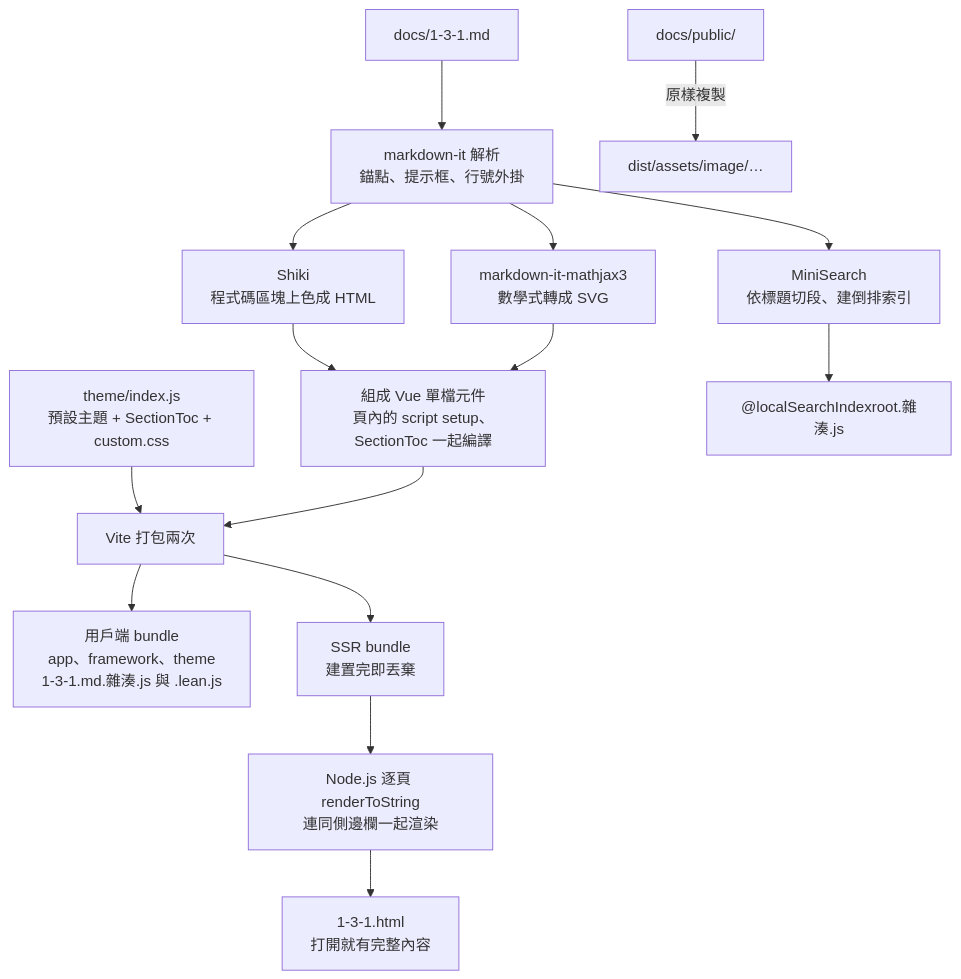
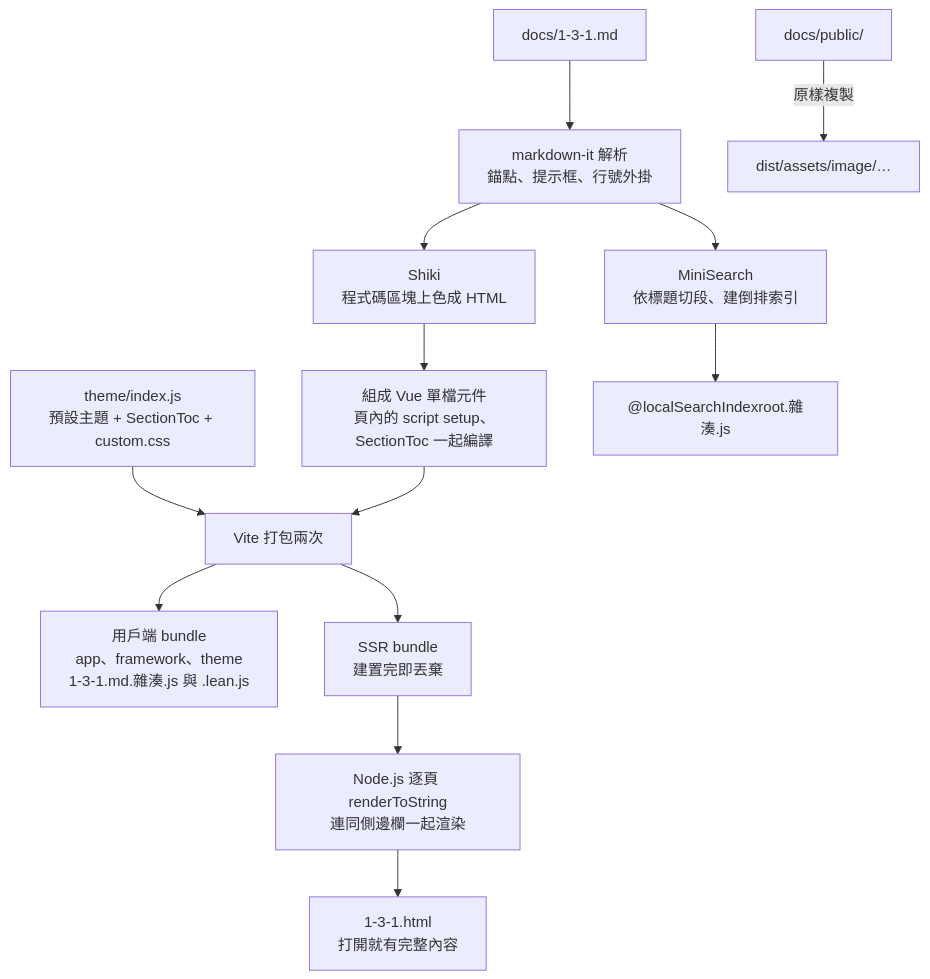
The second of 3 diagrams in ARCHITECTURE.md (Zhang-RenWen/modern-web-dev-notes), drawn with Mermaid before and after one commit. The commit also changed other lines of this file and 4 other files, not shown here.

````diff
--- a/ARCHITECTURE.md
+++ b/ARCHITECTURE.md
@@ -66,17 +65,15 @@
 ```mermaid
 flowchart TD
   md["docs/1-3-1.md"] --> mdit["markdown-it 解析<br/>錨點、提示框、行號外掛"]
   mdit --> shiki["Shiki<br/>程式碼區塊上色成 HTML"]
-  mdit --> mj["markdown-it-mathjax3<br/>數學式轉成 SVG"]
   shiki --> sfc["組成 Vue 單檔元件<br/>頁內的 script setup、SectionToc 一起編譯"]
-  mj --> sfc
   theme["theme/index.js<br/>預設主題 + SectionToc + custom.css"] --> vite
   sfc --> vite["Vite 打包兩次"]
   vite --> client["用戶端 bundle<br/>app、framework、theme<br/>1-3-1.md.雜湊.js 與 .lean.js"]
   vite --> ssr["SSR bundle<br/>建置完即丟棄"]
   ssr --> render["Node.js 逐頁 renderToString<br/>連同側邊欄一起渲染"]
   render --> html["1-3-1.html<br/>打開就有完整內容"]
   mdit --> idx["MiniSearch<br/>依標題切段、建倒排索引"]
   idx --> sidx["@localSearchIndexroot.雜湊.js"]
   pub["docs/public/"] -->|原樣複製| assets["dist/assets/image/…"]
 ```
````
